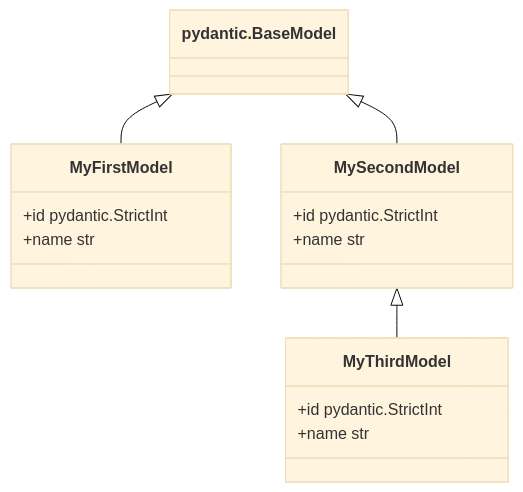
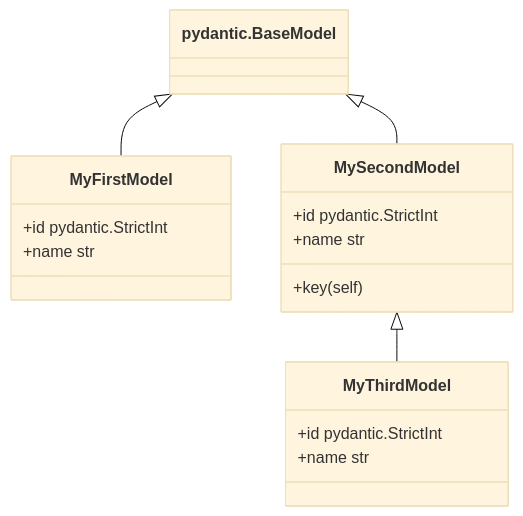
One commit to rdghosal/nereus changed the diagram in examples/test.mmd. Above: the diagram before and after it, drawn with Mermaid (base theme). The commit also changed 2 other files, not shown here.

```diff
--- a/examples/test.mmd
+++ b/examples/test.mmd
@@ -1,17 +1,18 @@
 classDiagram
     class `pydantic.BaseModel`
     `pydantic.BaseModel` <|-- MyFirstModel
     class MyFirstModel{
         +id pydantic.StrictInt
         +name str
     }
     `pydantic.BaseModel` <|-- MySecondModel
     class MySecondModel{
         +id pydantic.StrictInt
         +name str
+        +key(self)
     }
     MySecondModel <|-- MyThirdModel
     class MyThirdModel{
         +id pydantic.StrictInt
         +name str
     }
```
